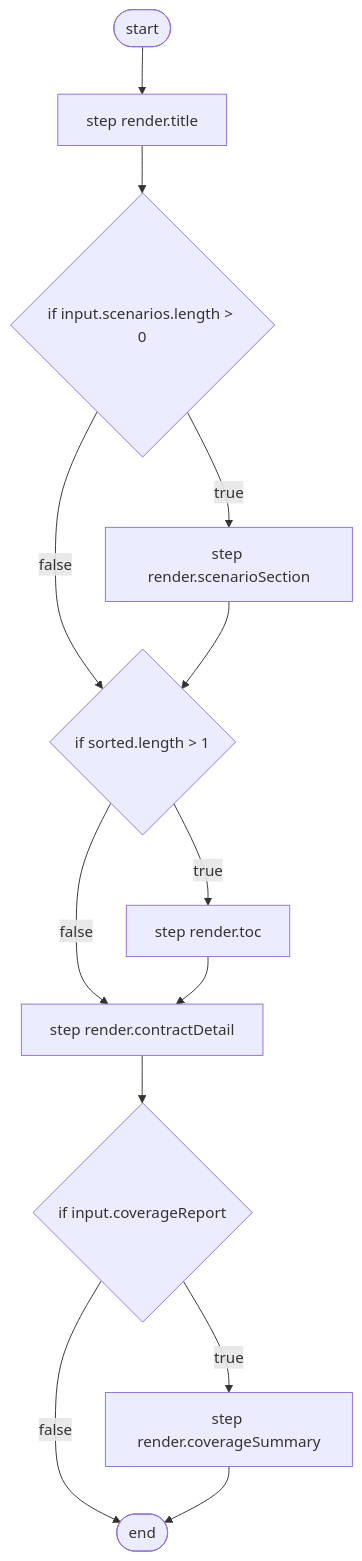
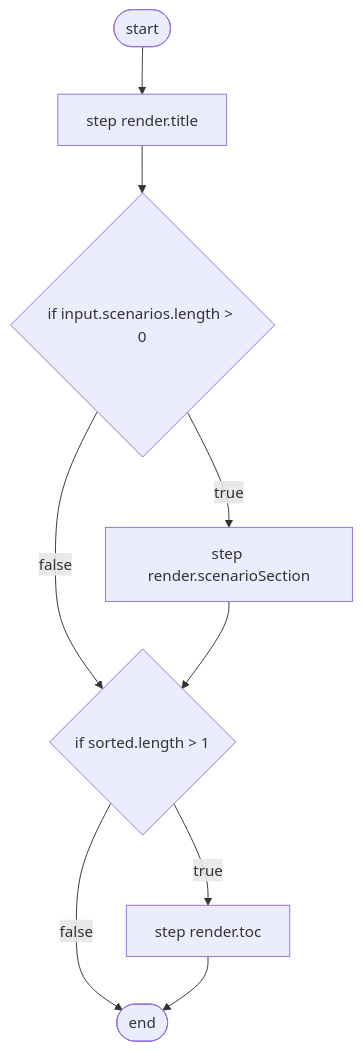
The third of 13 diagrams in packages/kata-cli/docs/contracts.md (fyuuki0jp/seizu), drawn with Mermaid before and after one commit. The commit also changed other lines of this file and 42 other files, not shown here.

````diff
--- a/packages/kata-cli/docs/contracts.md
+++ b/packages/kata-cli/docs/contracts.md
@@ -69,25 +108,18 @@
 ```mermaid
 flowchart TD
   n1(["start"])
   n2(["end"])
   n3["step render.title"]
   n4{"if input.scenarios.length > 0"}
   n5["step render.scenarioSection"]
   n6{"if sorted.length > 1"}
   n7["step render.toc"]
-  n8["step render.contractDetail"]
-  n9{"if input.coverageReport"}
-  n10["step render.coverageSummary"]
   n1 --> n3
   n3 --> n4
   n4 -->|true| n5
   n4 -->|false| n6
   n5 --> n6
+  n6 -->|false| n2
   n6 -->|true| n7
-  n6 -->|false| n8
-  n7 --> n8
-  n8 --> n9
-  n9 -->|false| n2
-  n9 -->|true| n10
-  n10 --> n2
+  n7 --> n2
 ```
````
